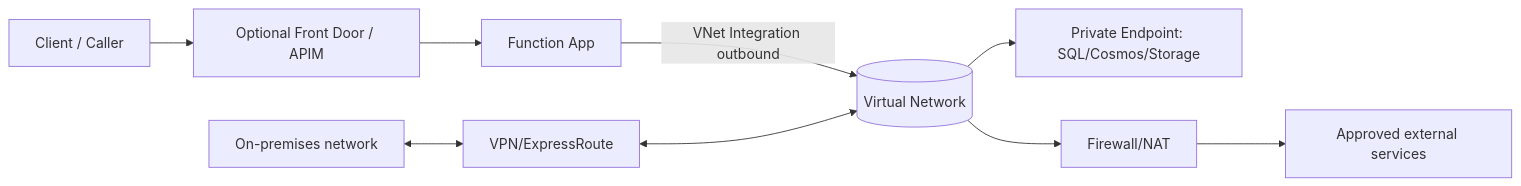
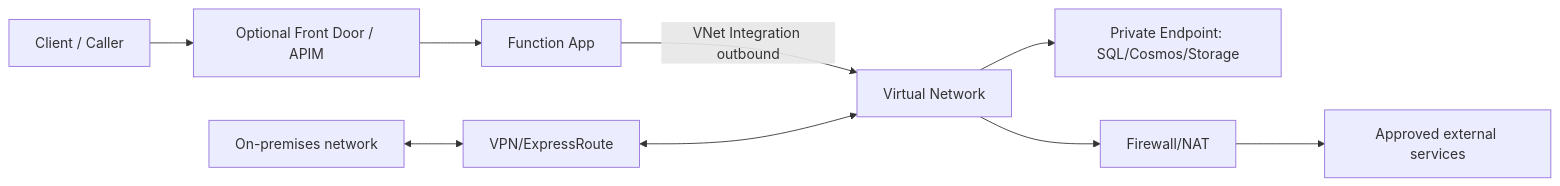
The first of 5 diagrams in docs/platform/networking.md (yeongseon/azure-functions-practical-guide), drawn with Mermaid before and after one commit.

Commit message:
fix: correct VNet diagram shape from cylinder to rectangle
VNet was displayed as storage (cylinder) due to [( )] syntax. Changed to [ ] for rectangle.

````diff
--- a/docs/platform/networking.md
+++ b/docs/platform/networking.md
@@ -54,11 +54,11 @@
 ```mermaid
 flowchart LR
     C["Client / Caller"] --> APIM["Optional Front Door / APIM"]
     APIM --> FA[Function App]
-    FA -->|VNet Integration outbound| VNET[(Virtual Network)]
+    FA -->|VNet Integration outbound| VNET[Virtual Network]
     VNET --> PE1["Private Endpoint: SQL/Cosmos/Storage"]
     VNET --> FW["Firewall/NAT"]
     FW --> EXT[Approved external services]
     CORP[On-premises network] <--> VPN["VPN/ExpressRoute"]
     VPN <--> VNET
 ```
````
